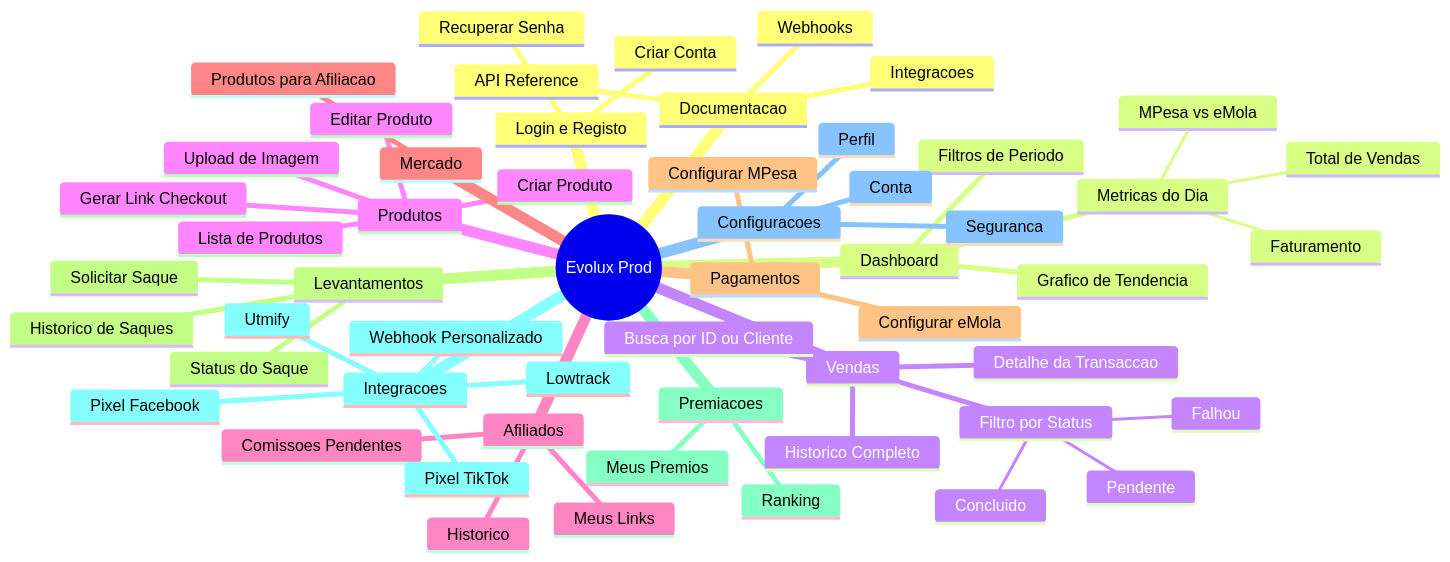
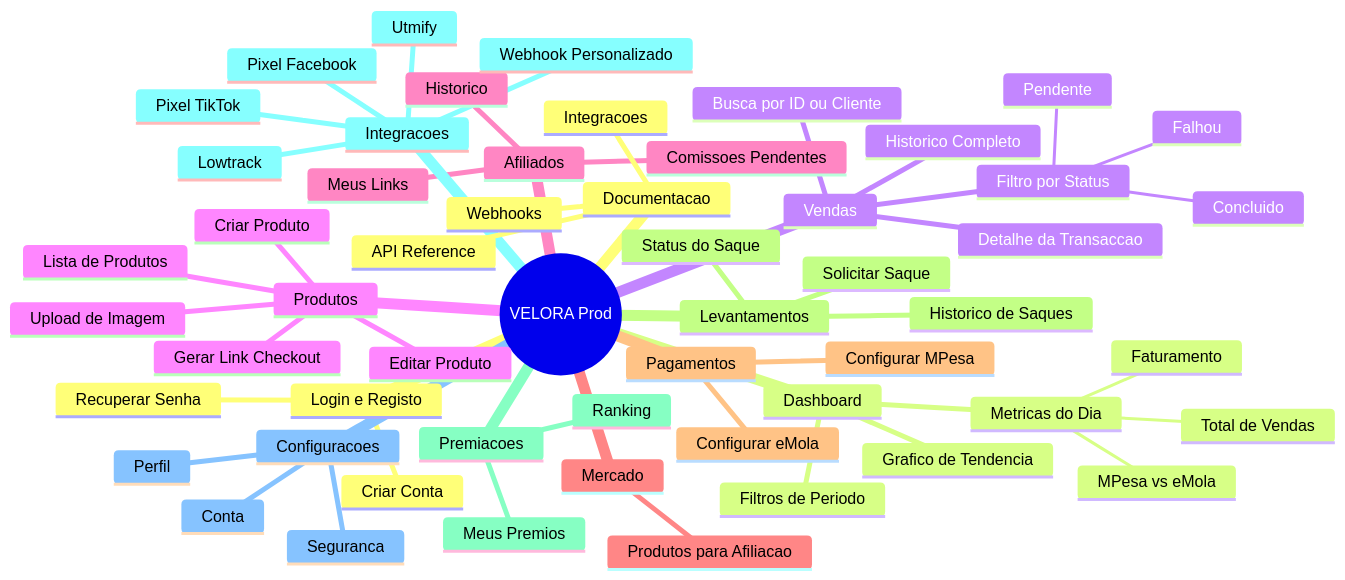
Before and after one commit to elidiojoaomaibass-lgtm/Evolux: the eighth of 9 diagrams in docs/user-flow-analysis.md, drawn with Mermaid. The commit also changed other lines of this file and 21 other files, not shown here.

Commit message:
Renomear plataforma: Evolux -> VELORA em todo o projeto

````diff
--- a/docs/user-flow-analysis.md
+++ b/docs/user-flow-analysis.md
@@ -212,58 +212,58 @@
 ```mermaid
 mindmap
-  root((Evolux Prod))
+  root((VELORA Prod))
     Login e Registo
       Recuperar Senha
       Criar Conta
     Dashboard
       Metricas do Dia
         Total de Vendas
         Faturamento
         MPesa vs eMola
       Grafico de Tendencia
       Filtros de Periodo
     Vendas
       Historico Completo
       Filtro por Status
         Concluido
         Pendente
         Falhou
       Busca por ID ou Cliente
       Detalhe da Transaccao
     Produtos
       Lista de Produtos
       Criar Produto
       Editar Produto
       Gerar Link Checkout
       Upload de Imagem
     Afiliados
       Meus Links
       Comissoes Pendentes
       Historico
     Mercado
       Produtos para Afiliacao
     Pagamentos
       Configurar MPesa
       Configurar eMola
     Levantamentos
       Solicitar Saque
       Historico de Saques
       Status do Saque
     Premiacoes
       Ranking
       Meus Premios
     Integracoes
       Pixel Facebook
       Pixel TikTok
       Lowtrack
       Utmify
       Webhook Personalizado
     Configuracoes
       Perfil
       Seguranca
       Conta
     Documentacao
       API Reference
       Webhooks
       Integracoes
 ```
````
